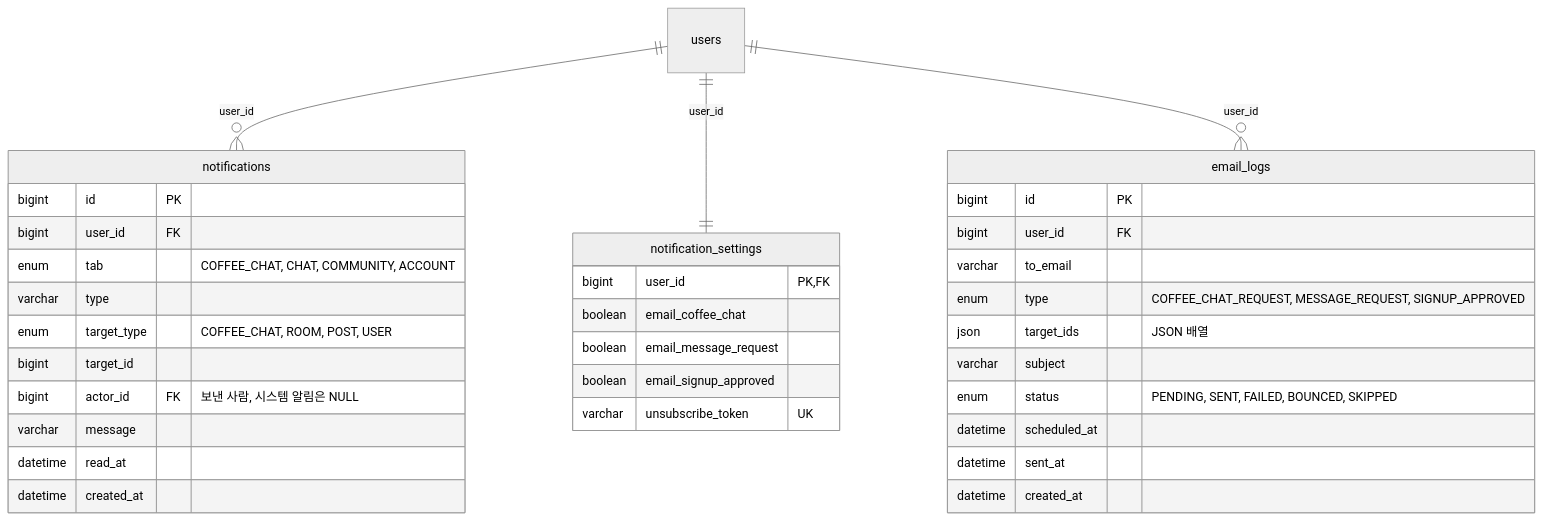
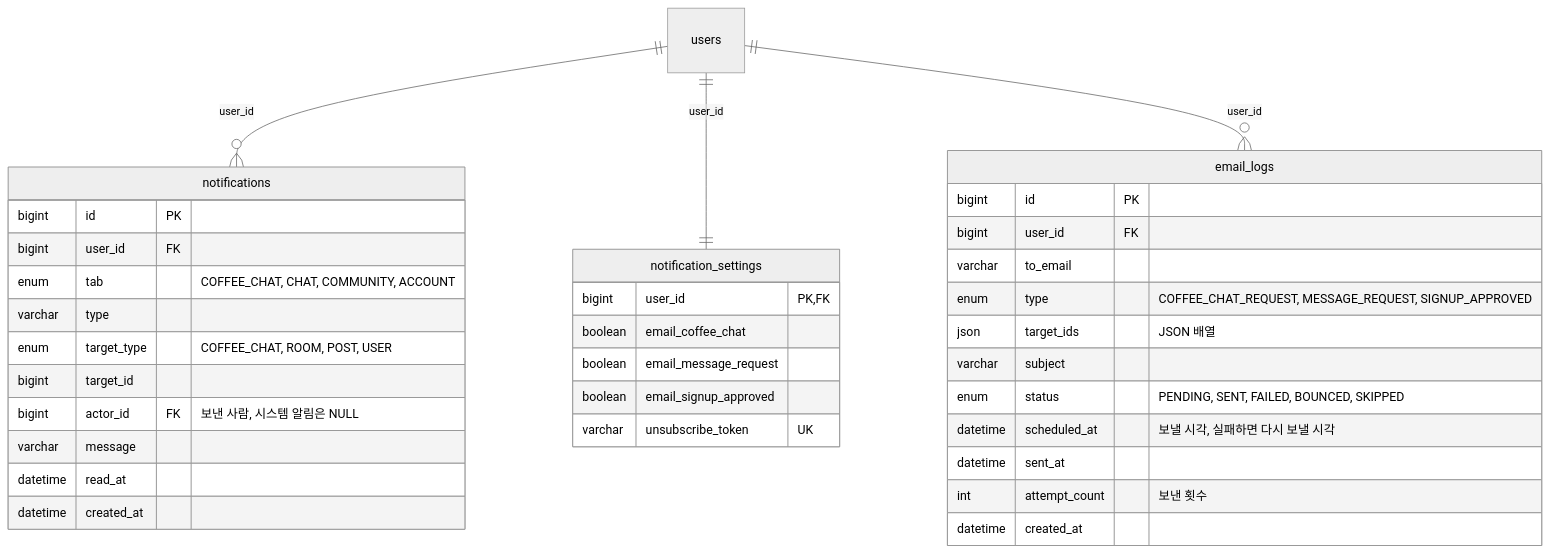
The fifth of 5 diagrams in docs/erd.md (ChungangHackathon/lion_link), drawn with Mermaid (neutral theme) before and after one commit. The commit also changed 1 other file, not shown here.

Commit message:
[docs] 이메일 발송 명세 추가

````diff
--- a/docs/erd.md
+++ b/docs/erd.md
@@ -439,37 +439,38 @@
 ```mermaid
 erDiagram
   users ||--o{ notifications : "user_id"
   users ||--|| notification_settings : "user_id"
   users ||--o{ email_logs : "user_id"
   notifications {
     bigint id PK
     bigint user_id FK
     enum tab "COFFEE_CHAT, CHAT, COMMUNITY, ACCOUNT"
     varchar type
     enum target_type "COFFEE_CHAT, ROOM, POST, USER"
     bigint target_id
     bigint actor_id FK "보낸 사람, 시스템 알림은 NULL"
     varchar message
     datetime read_at
     datetime created_at
   }
   notification_settings {
     bigint user_id PK,FK
     boolean email_coffee_chat
     boolean email_message_request
     boolean email_signup_approved
     varchar unsubscribe_token UK
   }
   email_logs {
     bigint id PK
     bigint user_id FK
     varchar to_email
     enum type "COFFEE_CHAT_REQUEST, MESSAGE_REQUEST, SIGNUP_APPROVED"
     json target_ids "JSON 배열"
     varchar subject
     enum status "PENDING, SENT, FAILED, BOUNCED, SKIPPED"
-    datetime scheduled_at
+    datetime scheduled_at "보낼 시각, 실패하면 다시 보낼 시각"
     datetime sent_at
+    int attempt_count "보낸 횟수"
     datetime created_at
   }
 ```
````
